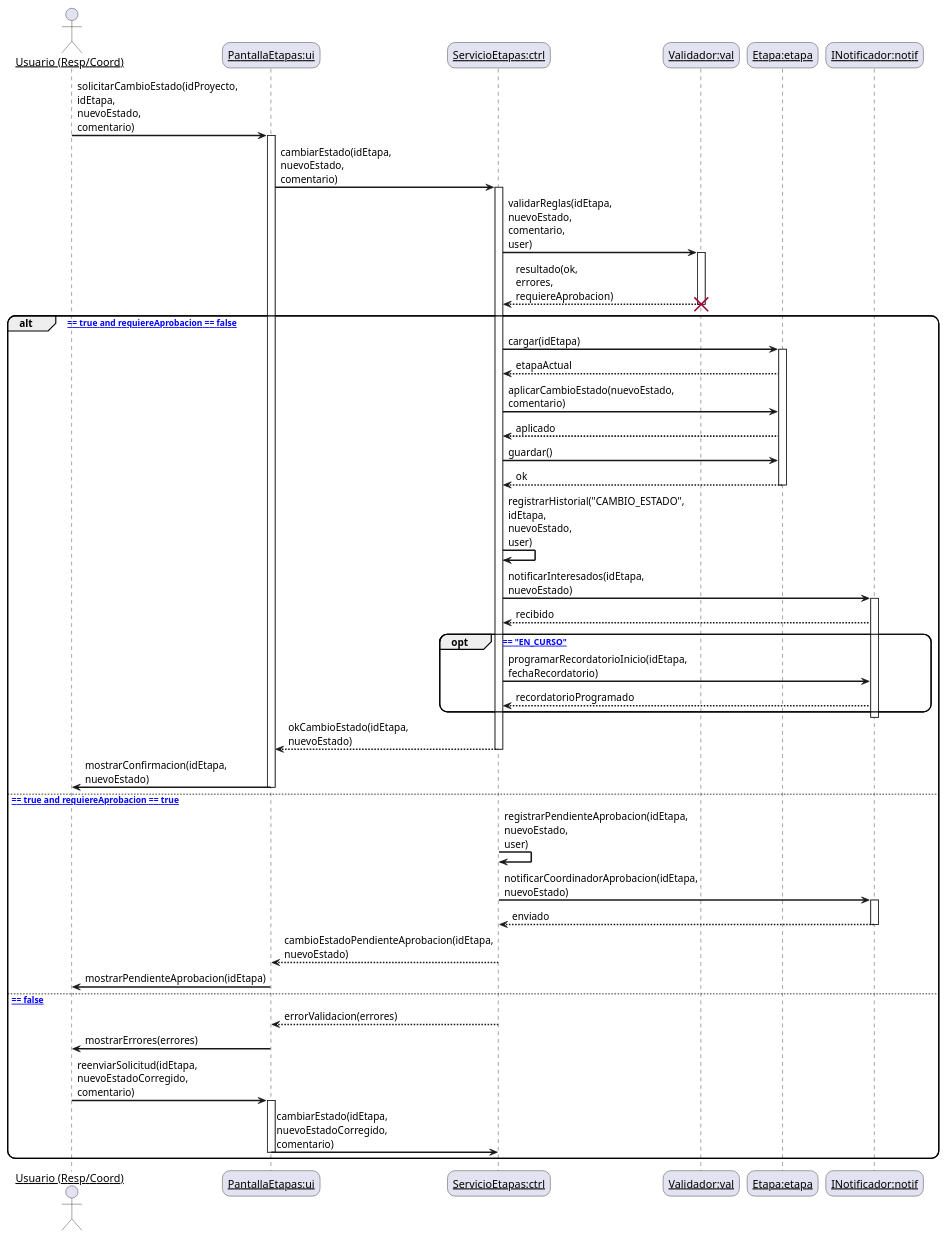
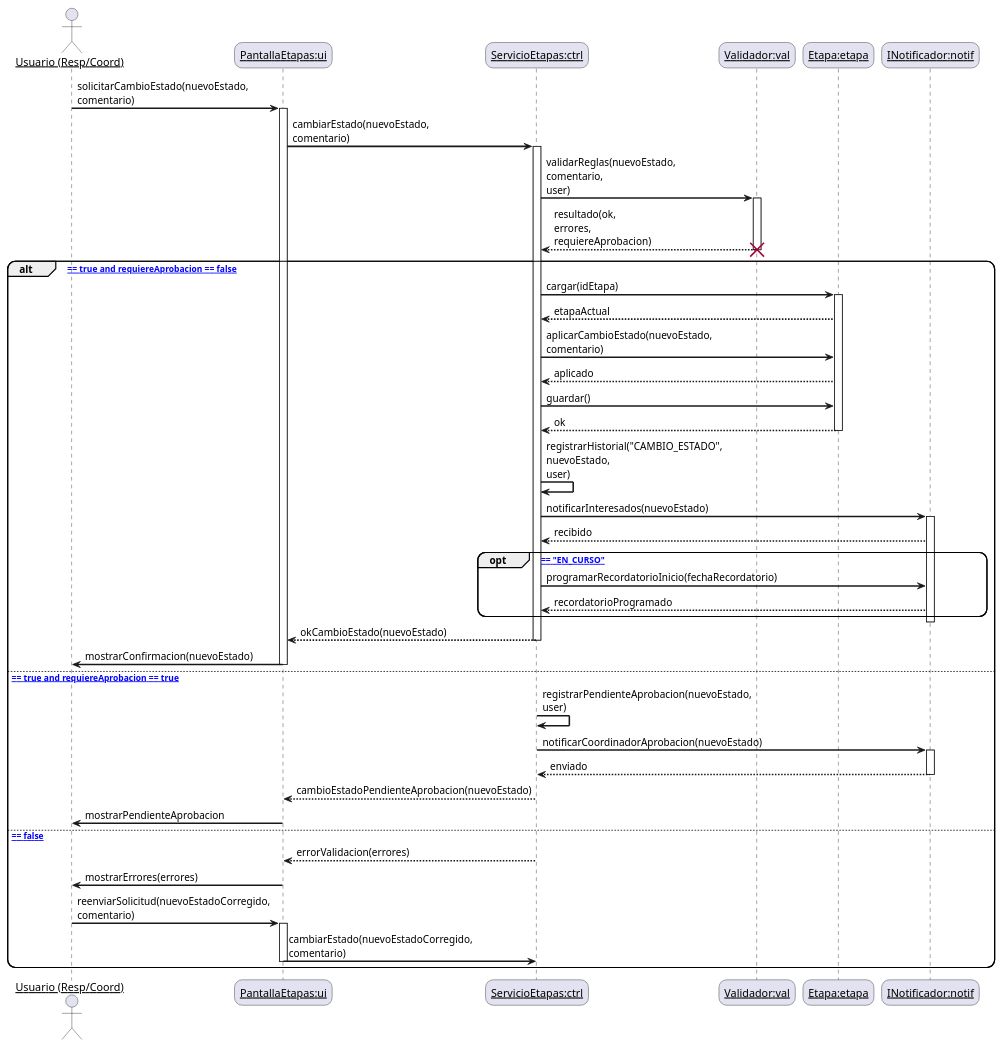
Before and after one commit to dantebiondi666-prog/SistemaProductoraVideos: the diagram in diagramas/05-diagramas-secuencia/05-secuencia-caso-uso-04-cambiar-estado-etapa-escenario-04.puml, drawn with PlantUML. The commit also changed 13 other files, not shown here.

Commit message:
corrección de todos los diagramas de secuencia y del índice + changelog update

```diff
--- a/diagramas/05-diagramas-secuencia/05-secuencia-caso-uso-04-cambiar-estado-etapa-escenario-04.puml
+++ b/diagramas/05-diagramas-secuencia/05-secuencia-caso-uso-04-cambiar-estado-etapa-escenario-04.puml
@@ -1,86 +1,86 @@
-@startuml
+@startuml diagsecuencia04
 skinparam sequenceArrowThickness 2
 skinparam roundcorner 20
 skinparam maxmessagesize 60
 skinparam sequenceParticipant underline
 
 actor "Usuario (Resp/Coord)" as user
 participant "PantallaEtapas:ui" as ui
 participant "ServicioEtapas:ctrl" as ctrl
 participant "Validador:val" as val
 participant "Etapa:etapa" as etapa
 participant "INotificador:notif" as notif
 
 ' ==== Disparo ====
-user -> ui: solicitarCambioEstado(idProyecto, idEtapa, nuevoEstado, comentario)
+user -> ui: solicitarCambioEstado(nuevoEstado, comentario)
 activate ui
-ui -> ctrl: cambiarEstado(idEtapa, nuevoEstado, comentario)
+ui -> ctrl: cambiarEstado(nuevoEstado, comentario)
 activate ctrl
 
 ' ==== Validación de reglas de negocio (objeto temporal) ====
-ctrl -> val: validarReglas(idEtapa, nuevoEstado, comentario, user)
+ctrl -> val: validarReglas(nuevoEstado, comentario, user)
 activate val
 val --> ctrl: resultado(ok, errores, requiereAprobacion)
 destroy val
 
 ' ==== Ramas principales ====
 alt [ok == true and requiereAprobacion == false]
   ' ===== Actualización directa =====
   ctrl -> etapa: cargar(idEtapa)
   activate etapa
   etapa --> ctrl: etapaActual
 
   ctrl -> etapa: aplicarCambioEstado(nuevoEstado, comentario)
   etapa --> ctrl: aplicado
 
   ctrl -> etapa: guardar()
   etapa --> ctrl: ok
   deactivate etapa
 
   ' ===== Historial =====
-  ctrl -> ctrl: registrarHistorial("CAMBIO_ESTADO", idEtapa, nuevoEstado, user)
+  ctrl -> ctrl: registrarHistorial("CAMBIO_ESTADO", nuevoEstado, user)
 
   ' ===== Notificaciones (interesados) =====
-  ctrl -> notif: notificarInteresados(idEtapa, nuevoEstado)
+  ctrl -> notif: notificarInteresados(nuevoEstado)
   activate notif
   notif --> ctrl: recibido
 
   ' opcional: recordatorio si pasa a "EN_CURSO"
   opt [nuevoEstado == "EN_CURSO"]
-    ctrl -> notif: programarRecordatorioInicio(idEtapa, fechaRecordatorio)
+    ctrl -> notif: programarRecordatorioInicio(fechaRecordatorio)
     notif --> ctrl: recordatorioProgramado
   end
   deactivate notif
 
   ' ===== Confirmación UI =====
-  ctrl --> ui: okCambioEstado(idEtapa, nuevoEstado)
+  ctrl --> ui: okCambioEstado(nuevoEstado)
   deactivate ctrl
-  ui -> user: mostrarConfirmacion(idEtapa, nuevoEstado)
+  ui -> user: mostrarConfirmacion(nuevoEstado)
   deactivate ui
 
 else [ok == true and requiereAprobacion == true]
   ' ===== Flujo con aprobación (simple) =====
-  ctrl -> ctrl: registrarPendienteAprobacion(idEtapa, nuevoEstado, user)
-  ctrl -> notif: notificarCoordinadorAprobacion(idEtapa, nuevoEstado)
+  ctrl -> ctrl: registrarPendienteAprobacion(nuevoEstado, user)
+  ctrl -> notif: notificarCoordinadorAprobacion(nuevoEstado)
   activate notif
   notif --> ctrl: enviado
   deactivate notif
 
-  ctrl --> ui: cambioEstadoPendienteAprobacion(idEtapa, nuevoEstado)
+  ctrl --> ui: cambioEstadoPendienteAprobacion(nuevoEstado)
   deactivate ctrl
-  ui -> user: mostrarPendienteAprobacion(idEtapa)
+  ui -> user: mostrarPendienteAprobacion
   deactivate ui
 
 else [ok == false]
   ' ===== Errores de validación =====
   ctrl --> ui: errorValidacion(errores)
   deactivate ctrl
   ui -> user: mostrarErrores(errores)
 
   ' Reintento mínimo
-  user -> ui: reenviarSolicitud(idEtapa, nuevoEstadoCorregido, comentario)
+  user -> ui: reenviarSolicitud(nuevoEstadoCorregido, comentario)
   activate ui
-  ui -> ctrl: cambiarEstado(idEtapa, nuevoEstadoCorregido, comentario)
+  ui -> ctrl: cambiarEstado(nuevoEstadoCorregido, comentario)
   deactivate ui
 end
 @enduml
```
